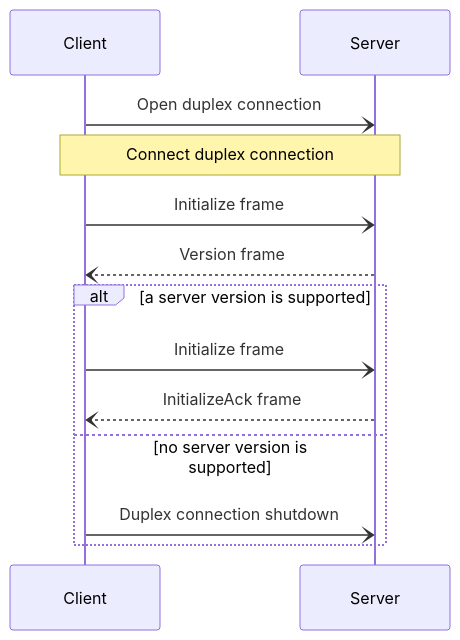
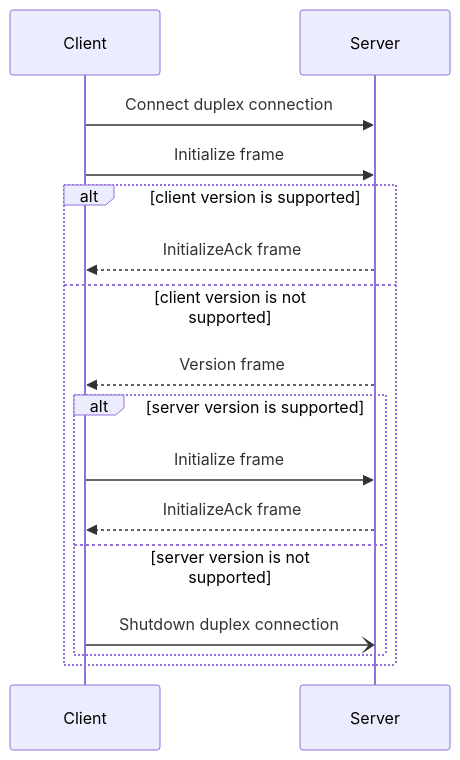
One commit to icerpc/icerpc-docs changed the diagram in pages/icerpc-core/slic-protocol/connection-establishment.md. Above: the diagram before and after it, drawn with Mermaid. The commit also changed other lines of this file and 5 other files, not shown here.

Commit message:
Updated diagrams to use sync arrows, fix for #108 (#109)

````diff
--- a/pages/icerpc-core/slic-protocol/connection-establishment.md
+++ b/pages/icerpc-core/slic-protocol/connection-establishment.md
@@ -52,13 +43,16 @@
 ```mermaid
 sequenceDiagram
-    Client-)Server: Open duplex connection
-    Note over Client,Server: Connect duplex connection
-    Client-)Server: Initialize frame
-    Server--)Client: Version frame
-    alt a server version is supported
-        Client-)Server: Initialize frame
-        Server--)Client: InitializeAck frame
-    else no server version is supported
-        Client-)Server: Duplex connection shutdown
+    Client->>Server: Connect duplex connection
+    Client->>Server: Initialize frame
+    alt client version is supported
+        Server-->>Client: InitializeAck frame
+    else client version is not supported
+        Server-->>Client: Version frame
+        alt server version is supported
+            Client->>Server: Initialize frame
+            Server-->>Client: InitializeAck frame
+        else server version is not supported
+            Client-)Server: Shutdown duplex connection
+        end
     end
 ```
````
